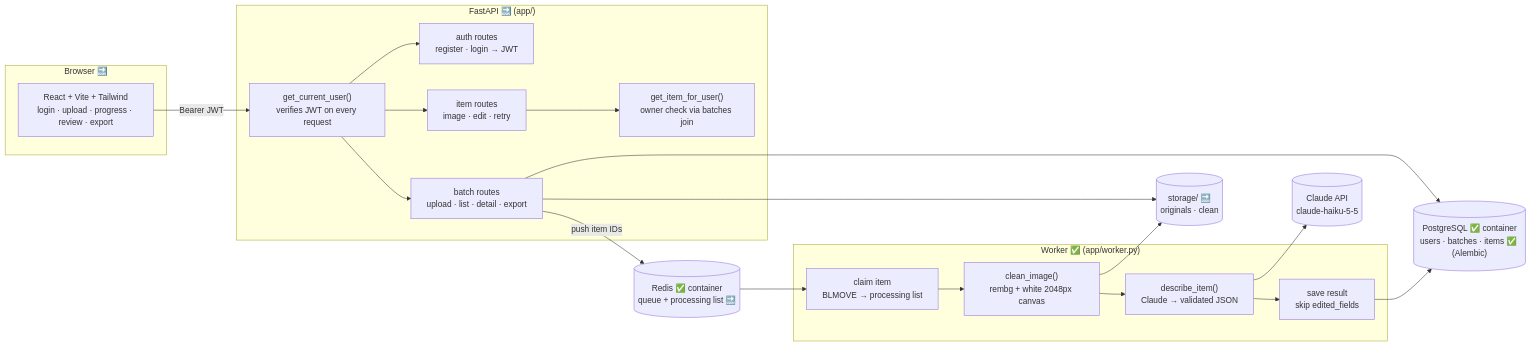
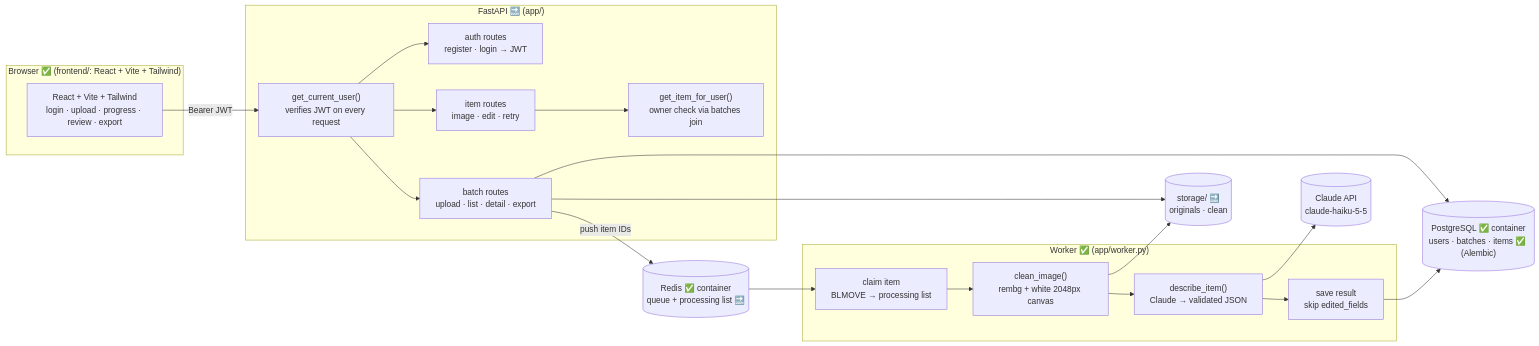
One commit to madBit10/catalog-assistant changed the first of 7 diagrams in docs/FLOW.md. Above: the diagram before and after it, drawn with Mermaid. The commit also changed other lines of this file and 23 other files, not shown here.

````diff
--- a/docs/FLOW.md
+++ b/docs/FLOW.md
@@ -17,37 +17,37 @@
 ```mermaid
 flowchart LR
-    subgraph CLIENT["Browser 🔜"]
+    subgraph CLIENT["Browser ✅ (frontend/: React + Vite + Tailwind)"]
         UI["React + Vite + Tailwind<br/>login · upload · progress · review · export"]
     end
 
     subgraph API["FastAPI 🔜 (app/)"]
         AUTH["auth routes<br/>register · login → JWT"]
         BATCH["batch routes<br/>upload · list · detail · export"]
         ITEM["item routes<br/>image · edit · retry"]
         DEP["get_current_user()<br/>verifies JWT on every request"]
         OWN["get_item_for_user()<br/>owner check via batches join"]
     end
 
     subgraph WORKER["Worker ✅ (app/worker.py)"]
         CLAIM["claim item<br/>BLMOVE → processing list"]
         CLEAN["clean_image()<br/>rembg + white 2048px canvas"]
         LLM["describe_item()<br/>Claude → validated JSON"]
         SAVE["save result<br/>skip edited_fields"]
     end
 
     DB[("PostgreSQL ✅ container<br/>users · batches · items ✅ (Alembic)")]
     Q[("Redis ✅ container<br/>queue + processing list 🔜")]
     FS[("storage/ 🔜<br/>originals · clean")]
     CL[("Claude API<br/>claude-haiku-5-5")]
 
     UI -->|Bearer JWT| DEP
     DEP --> AUTH & BATCH & ITEM
     ITEM --> OWN
     BATCH --> DB
     BATCH -->|push item IDs| Q
     BATCH --> FS
     Q --> CLAIM --> CLEAN --> LLM --> SAVE
     CLEAN --> FS
     LLM --> CL
     SAVE --> DB
 ```
````
